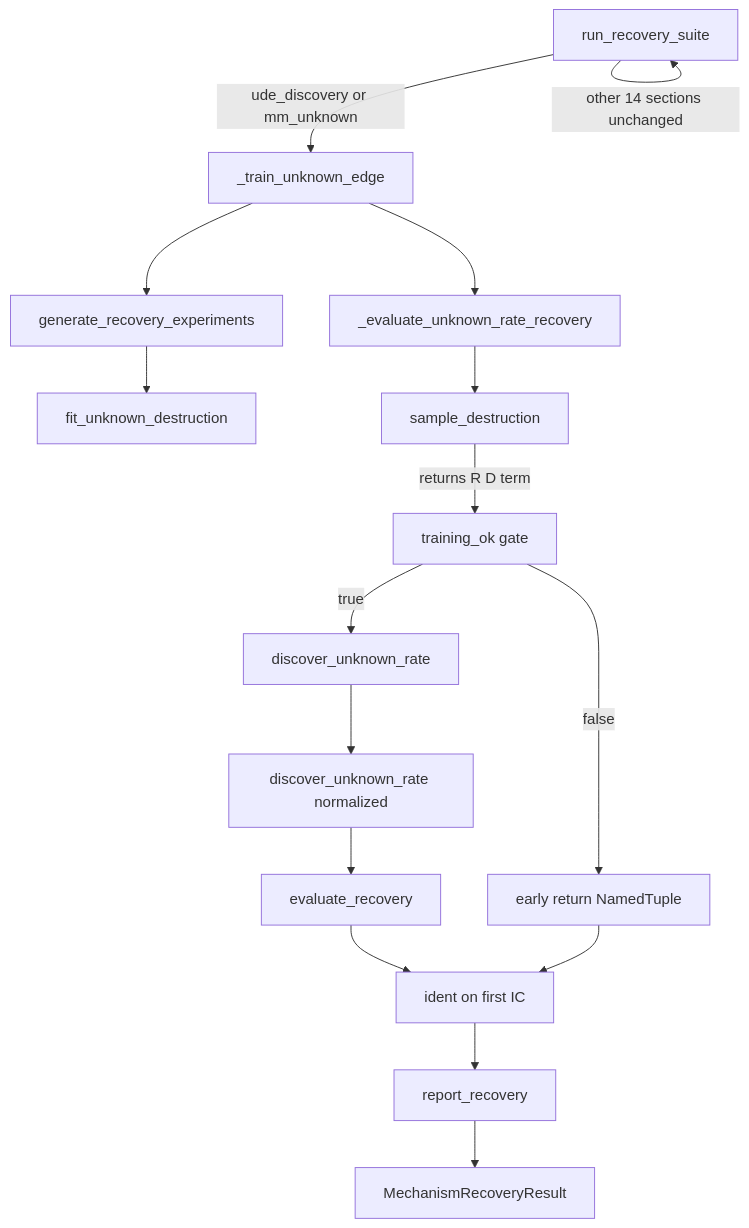
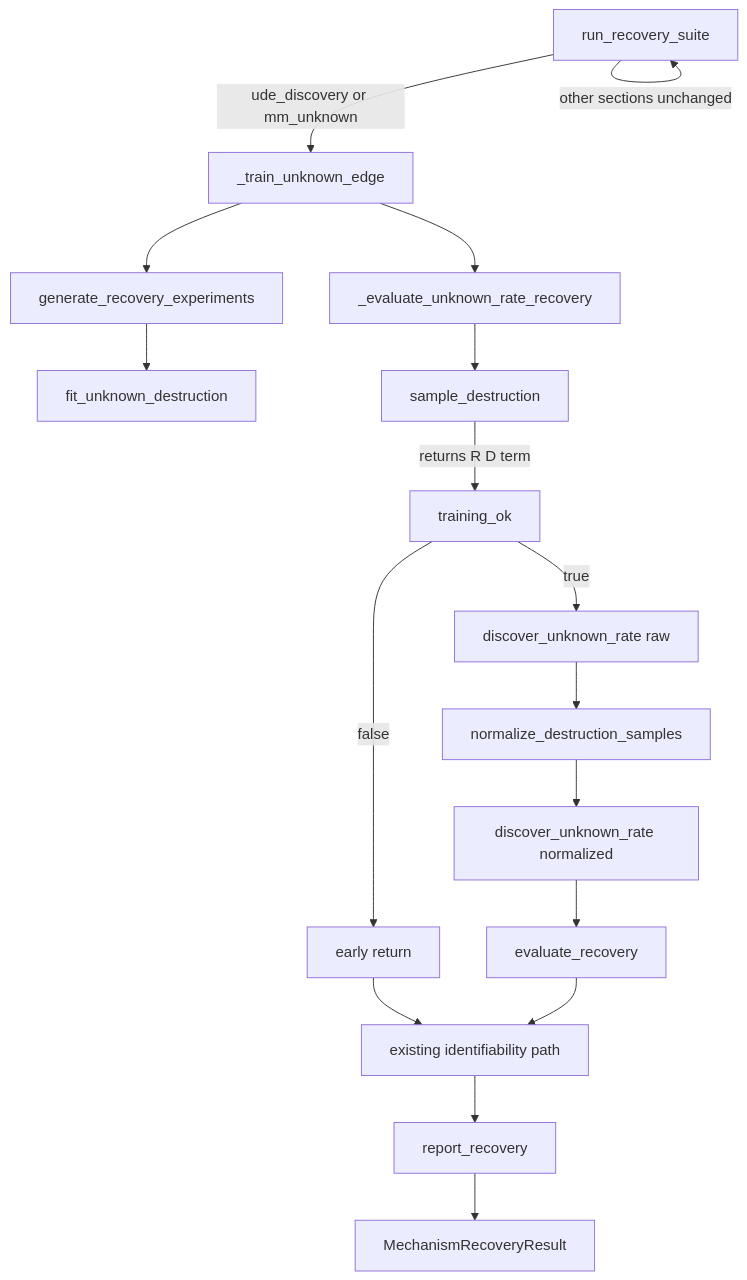
The second of 3 diagrams in docs/research/V1-IMPLEMENTATION-PLAN.md (utkuyilmaz1903/BioDynaX.jl), drawn with Mermaid before and after one commit. The commit also changed other lines of this file, not shown here.

````diff
--- a/docs/research/V1-IMPLEMENTATION-PLAN.md
+++ b/docs/research/V1-IMPLEMENTATION-PLAN.md
@@ -271,32 +376,40 @@
 ```mermaid
 flowchart TD
     suite[run_recovery_suite]
     train[_train_unknown_edge]
     gen[generate_recovery_experiments]
     fit[fit_unknown_destruction]
     composer[_evaluate_unknown_rate_recovery]
     sample[sample_destruction]
-    gate[training_ok gate]
-    early[early return NamedTuple]
-    disc1[discover_unknown_rate]
+    gate[training_ok]
+    early[early return]
+    disc1[discover_unknown_rate raw]
+    norm[normalize_destruction_samples]
     disc2[discover_unknown_rate normalized]
     evalR[evaluate_recovery]
-    ident[ident on first IC]
+    ident[existing identifiability path]
     report[report_recovery]
     result[MechanismRecoveryResult]
+
     suite -->|"ude_discovery or mm_unknown"| train
     train --> gen
     gen --> fit
     train --> composer
+
     composer --> sample
     sample -->|"returns R D term"| gate
+
     gate -->|false| early
     gate -->|true| disc1
-    disc1 --> disc2
+    disc1 --> norm
+    norm --> disc2
     disc2 --> evalR
+
+    early --> ident
     evalR --> ident
-    early --> ident
+
     ident --> report
     report --> result
-    suite -->|other 14 sections unchanged| suite
+
+    suite -->|other sections unchanged| suite
 ```
````
